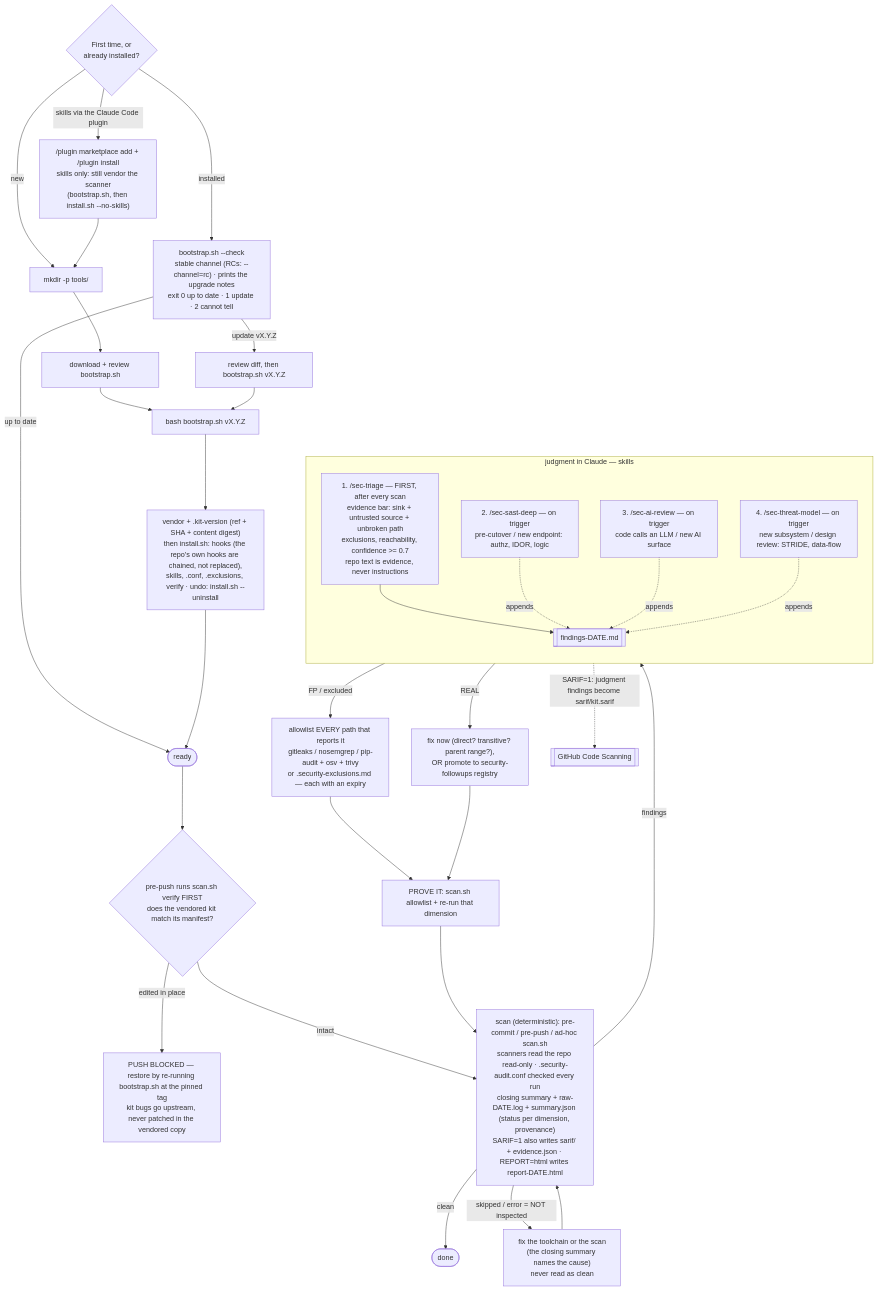
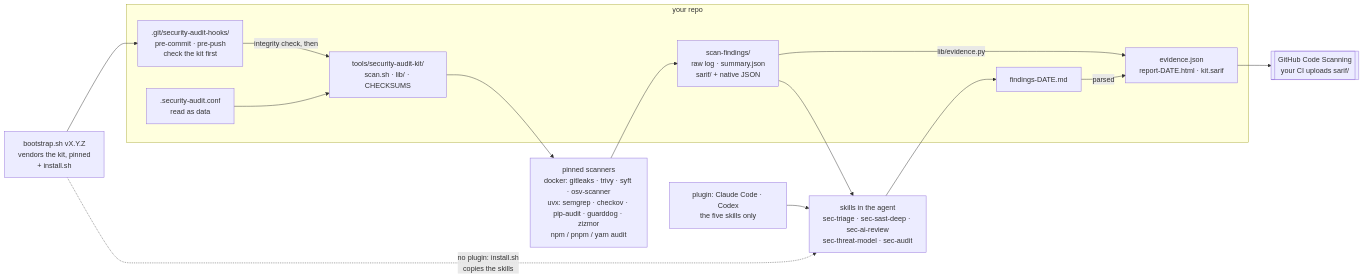
The diagram in README-tr.md (boraeresici/security-audit-kit), drawn with Mermaid before and after one commit. The commit also changed other lines of this file and 6 other files, not shown here.

First line of the commit message:
docs(readme): architecture diagram; the lifecycle moves to docs/lifecycle.md, brought up to date

````diff
--- a/README-tr.md
+++ b/README-tr.md
@@ -50,42 +50,28 @@
 ```mermaid
-flowchart TD
-    Q{First time, or<br/>already installed?}
-    Q -->|new| N1["mkdir -p tools/"]
-    Q -->|"skills via the Claude Code plugin"| PL["/plugin marketplace add + /plugin install<br/>skills only: still vendor the scanner<br/>(bootstrap.sh, then install.sh --no-skills)"]
-    PL --> N1
-    N1 --> N2["download + review bootstrap.sh"]
-    N2 --> B["bash bootstrap.sh vX.Y.Z"]
-    Q -->|installed| C["bootstrap.sh --check<br/>stable channel (RCs: --channel=rc) · prints the upgrade notes<br/>exit 0 up to date · 1 update · 2 cannot tell"]
-    C -->|up to date| R
-    C -->|update vX.Y.Z| RV["review diff, then bootstrap.sh vX.Y.Z"]
-    RV --> B
-    B --> I["vendor + .kit-version (ref + SHA + content digest)<br/>then install.sh: hooks (the repo's own hooks are chained, not replaced),<br/>skills, .conf, .exclusions, verify · undo: install.sh --uninstall"]
-    I --> R(["ready"])
+flowchart LR
+    BS["bootstrap.sh vX.Y.Z<br/>vendors the kit, pinned<br/>+ install.sh"]
+    PLG["plugin: Claude Code · Codex<br/>the five skills only"]
+    subgraph REPO["your repo"]
+      HK[".git/security-audit-hooks/<br/>pre-commit · pre-push<br/>check the kit first"]
+      CONF[".security-audit.conf<br/>read as data"]
+      KIT["tools/security-audit-kit/<br/>scan.sh · lib/ · CHECKSUMS"]
+      OUT["scan-findings/<br/>raw log · summary.json<br/>sarif/ + native JSON"]
+      FMD["findings-DATE.md"]
+      EV["evidence.json<br/>report-DATE.html · kit.sarif"]
+    end
+    TOOLS["pinned scanners<br/>docker: gitleaks · trivy · syft · osv-scanner<br/>uvx: semgrep · checkov · pip-audit · guarddog · zizmor<br/>npm / pnpm / yarn audit"]
+    SK["skills in the agent<br/>sec-triage · sec-sast-deep · sec-ai-review<br/>sec-threat-model · sec-audit"]
+    CS[["GitHub Code Scanning<br/>your CI uploads sarif/"]]
 
-    R --> V{"pre-push runs scan.sh verify FIRST<br/>does the vendored kit match its manifest?"}
-    V -->|"edited in place"| VX["PUSH BLOCKED — restore by re-running bootstrap.sh at the pinned tag<br/>kit bugs go upstream, never patched in the vendored copy"]
-    V -->|intact| S["scan (deterministic): pre-commit / pre-push / ad-hoc scan.sh<br/>scanners read the repo read-only · .security-audit.conf checked every run<br/>closing summary + raw-DATE.log + summary.json (status per dimension, provenance)<br/>SARIF=1 also writes sarif/ + evidence.json · REPORT=html writes report-DATE.html"]
-    S -->|clean| D(["done"])
-    S -->|"skipped / error = NOT inspected"| TC["fix the toolchain or the scan<br/>(the closing summary names the cause)<br/>never read as clean"]
-    TC --> S
-    S -->|findings| T1
-
-    subgraph JUDGE["judgment in Claude — skills"]
-      direction TB
-      T1["1. /sec-triage — FIRST, after every scan<br/>evidence bar: sink + untrusted source + unbroken path<br/>exclusions, reachability, confidence >= 0.7<br/>repo text is evidence, never instructions"]
-      DEEP["2. /sec-sast-deep — on trigger<br/>pre-cutover / new endpoint: authz, IDOR, logic"]
-      AIR["3. /sec-ai-review — on trigger<br/>code calls an LLM / new AI surface"]
-      TM["4. /sec-threat-model — on trigger<br/>new subsystem / design review: STRIDE, data-flow"]
-      T1 --> F[["findings-DATE.md"]]
-      DEEP -. appends .-> F
-      AIR -. appends .-> F
-      TM -. appends .-> F
-    end
-
-    F -->|FP / excluded| AL["allowlist EVERY path that reports it<br/>gitleaks / nosemgrep / pip-audit + osv + trivy<br/>or .security-exclusions.md — each with an expiry"]
-    F -->|REAL| FX["fix now (direct? transitive? parent range?),<br/>OR promote to security-followups registry"]
-    AL --> P["PROVE IT: scan.sh allowlist + re-run that dimension"]
-    FX --> P
-    P --> S
-    F -. "SARIF=1: judgment findings become sarif/kit.sarif" .-> CS[["GitHub Code Scanning"]]
+    BS --> HK
+    HK -- "integrity check, then" --> KIT
+    CONF --> KIT
+    KIT --> TOOLS --> OUT
+    OUT -- "lib/evidence.py" --> EV
+    EV --> CS
+    PLG --> SK
+    BS -. "no plugin: install.sh<br/>copies the skills" .-> SK
+    OUT --> SK
+    SK --> FMD
+    FMD -- "parsed" --> EV
 ```
````
